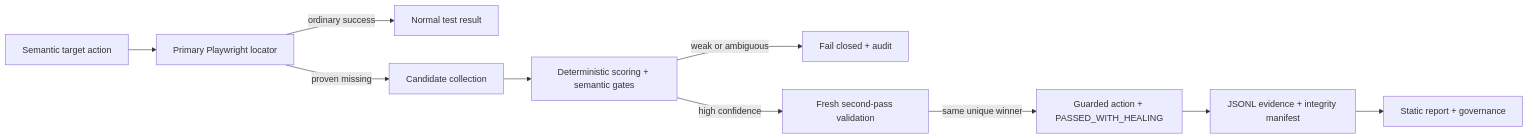
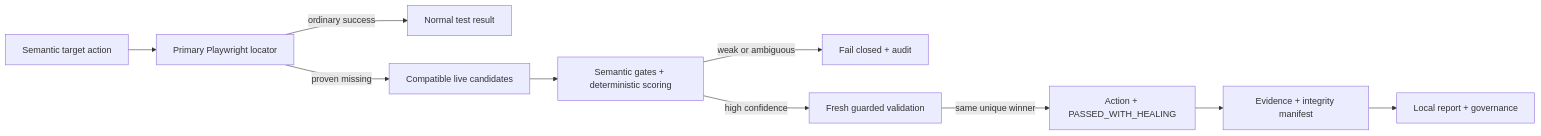
One commit to kamenAsenov/aegiloc changed the diagram in README.md. Above: the diagram before and after it, drawn with Mermaid. The commit also changed other lines of this file and 23 other files, not shown here.

````diff
--- a/README.md
+++ b/README.md
@@ -156,12 +112,12 @@
 ```mermaid
 flowchart LR
   A["Semantic target action"] --> B["Primary Playwright locator"]
   B -->|"ordinary success"| C["Normal test result"]
-  B -->|"proven missing"| D["Candidate collection"]
-  D --> E["Deterministic scoring + semantic gates"]
+  B -->|"proven missing"| D["Compatible live candidates"]
+  D --> E["Semantic gates + deterministic scoring"]
   E -->|"weak or ambiguous"| F["Fail closed + audit"]
-  E -->|"high confidence"| G["Fresh second-pass validation"]
-  G -->|"same unique winner"| H["Guarded action + PASSED_WITH_HEALING"]
-  H --> I["JSONL evidence + integrity manifest"]
-  I --> J["Static report + governance"]
+  E -->|"high confidence"| G["Fresh guarded validation"]
+  G -->|"same unique winner"| H["Action + PASSED_WITH_HEALING"]
+  H --> I["Evidence + integrity manifest"]
+  I --> J["Local report + governance"]
 ```
````
